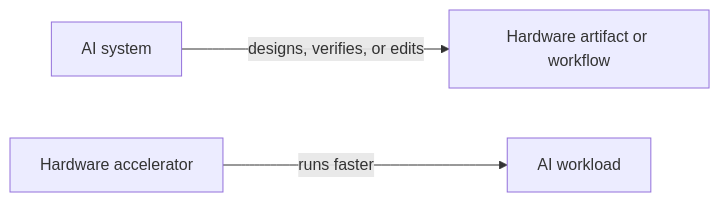
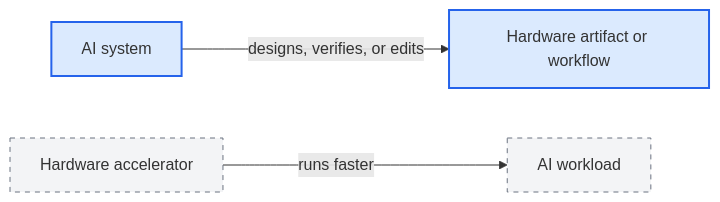
One commit to Uploading-Inc/AI-Hardware-EDA-Landscape changed the first of 4 diagrams in docs/field-guide.md. Above: the diagram before and after it, drawn with Mermaid. The commit also changed other lines of this file and 3 other files, not shown here.

````diff
--- a/docs/field-guide.md
+++ b/docs/field-guide.md
@@ -11,5 +11,10 @@
 ```mermaid
 flowchart LR
     A[AI system] -->|designs, verifies, or edits| B[Hardware artifact or workflow]
     C[Hardware accelerator] -->|runs faster| D[AI workload]
+
+    classDef included fill:#dbeafe,stroke:#2563eb,stroke-width:2px;
+    classDef excluded fill:#f3f4f6,stroke:#6b7280,stroke-dasharray:5 5;
+    class A,B included;
+    class C,D excluded;
 ```
````
